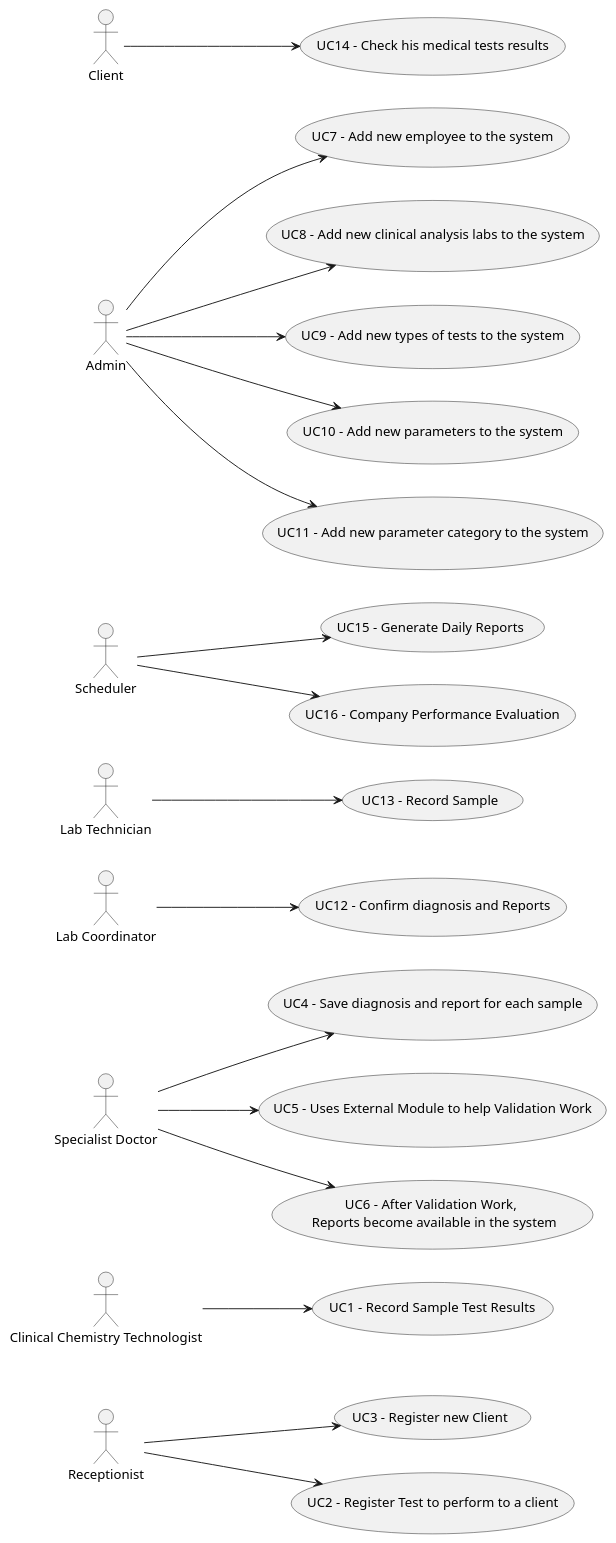
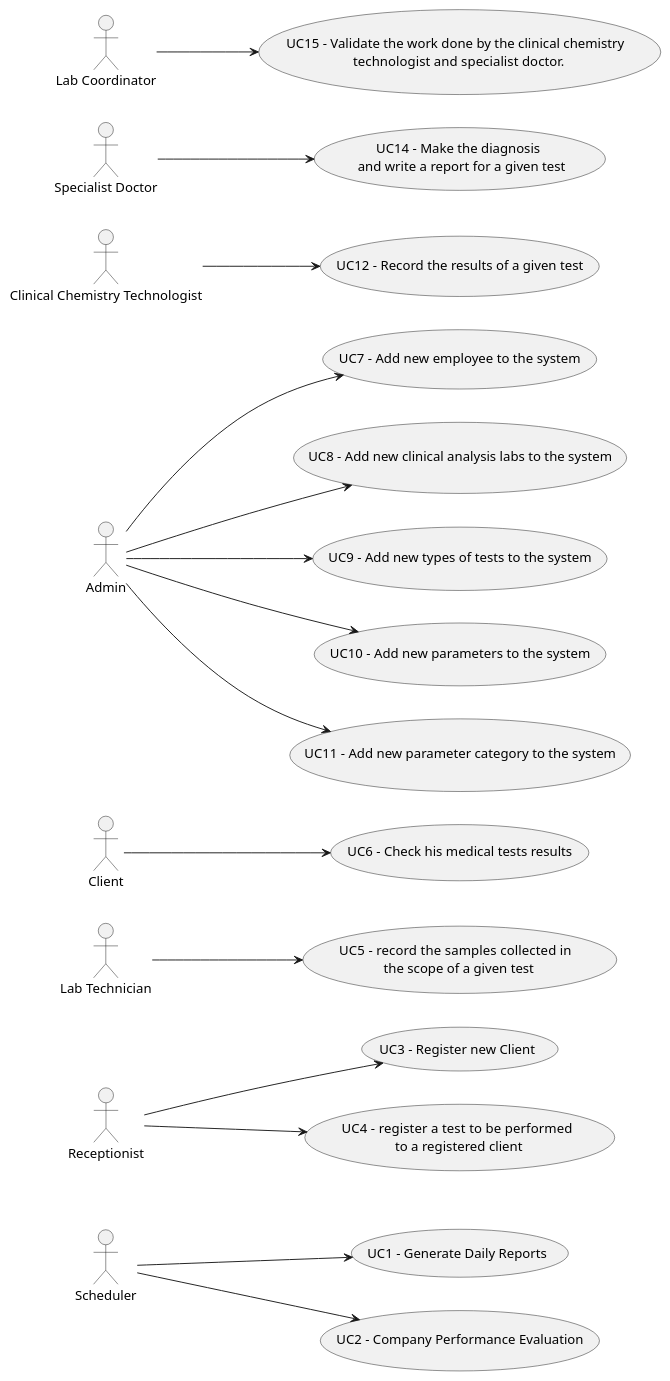
One commit to GuilhermeCunha79/lapr2 changed the diagram in docs/SprintA/UC_Diagram.puml. Above: the diagram before and after it, drawn with PlantUML. The commit also changed 9 other files, not shown here.

Commit message:
[Spelling errors] Commit corrects some spelling errors [UC diagram] Commit updates UC diagram with new Sprint C UC/US

```diff
--- a/docs/SprintA/UC_Diagram.puml
+++ b/docs/SprintA/UC_Diagram.puml
@@ -1,32 +1,21 @@
 @startuml
 'https://plantuml.com/use-case-diagram
 
 left to right direction
-:Receptionist: as Recep
-Recep --> (UC3 - Register new Client)
-Recep --> (UC2 - Register Test to perform to a client)
-:Clinical Chemistry Technologist: --> (UC1 - Record Sample Test Results)
-:Specialist Doctor: --> (UC4 - Save diagnosis and report for each sample)
-:Specialist Doctor: --> (UC5 - Uses External Module to help Validation Work)
-:Specialist Doctor: --> (UC6 - After Validation Work, \n Reports become available in the system)
 
-:Lab Coordinator: as lc
-(UC12 - Confirm diagnosis and Reports) as UC12
-
-:Lab Technician: as lt
-(UC13 - Record Sample) as UC13
-
-:Scheduler: --> (UC15 - Generate Daily Reports)
-:Scheduler: --> (UC16 - Company Performance Evaluation)
-lc --> UC12
-
-
-lt --> UC13
-
+:Scheduler: --> (UC1 - Generate Daily Reports)
+:Scheduler: --> (UC2 - Company Performance Evaluation)
+:Receptionist: --> (UC3 - Register new Client)
+:Receptionist: --> (UC4 -  register a test to be performed\n to a registered client)
+:Lab Technician: --> (UC5 -  record the samples collected in \n the scope of a given test)
+:Client: --> (UC6 - Check his medical tests results)
 :Admin: --> (UC7 - Add new employee to the system)
 :Admin: --> (UC8 - Add new clinical analysis labs to the system)
 :Admin: --> (UC9 - Add new types of tests to the system)
 :Admin: --> (UC10 - Add new parameters to the system)
 :Admin: --> (UC11 - Add new parameter category to the system)
-:Client: --> (UC14 - Check his medical tests results)
+:Clinical Chemistry Technologist: --> (UC12 - Record the results of a given test)
+:Specialist Doctor: --> (UC14 - Make the diagnosis \n and write a report for a given test)
+:Lab Coordinator: --> (UC15 - Validate the work done by the clinical chemistry \n technologist and specialist doctor.)
+
 @enduml
```
